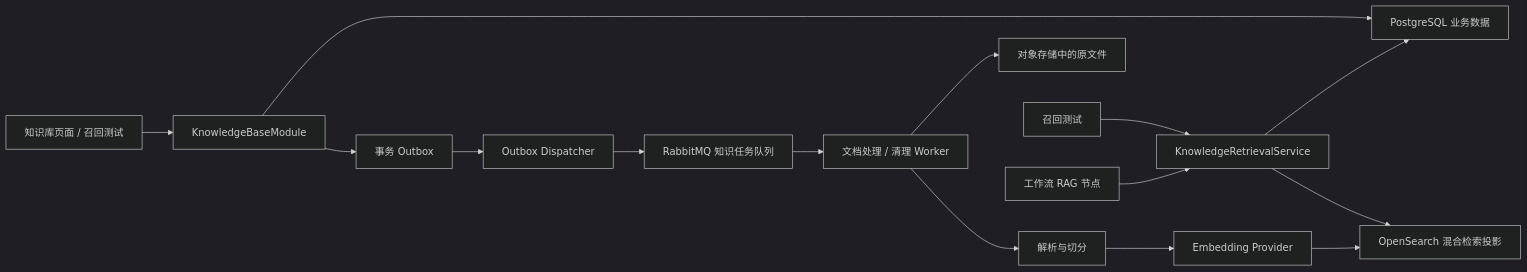
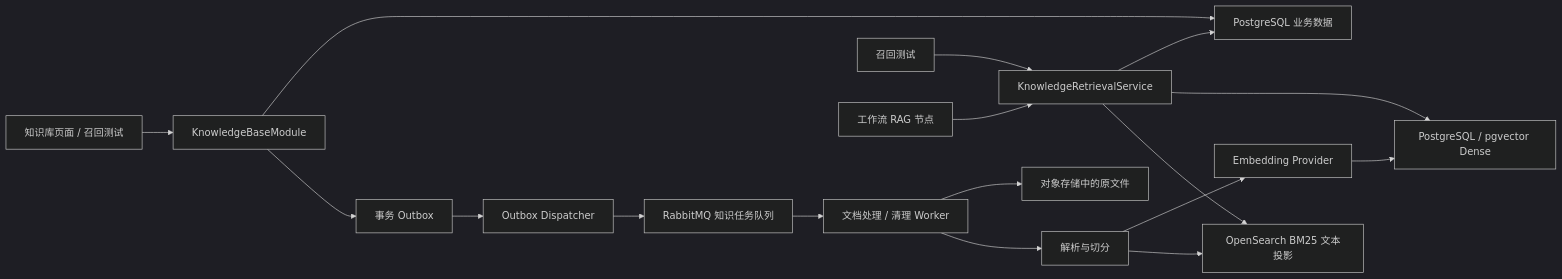
One commit to xiaotianna/ai-workflow changed the first of 3 diagrams in docs/knowledge-base-design.md. Above: the diagram before and after it, drawn with Mermaid (dark theme). The commit also changed other lines of this file and 29 other files, not shown here.

````diff
--- a/docs/knowledge-base-design.md
+++ b/docs/knowledge-base-design.md
@@ -63,18 +63,20 @@
 ```mermaid
 flowchart LR
   Web["知识库页面 / 召回测试"] --> API["KnowledgeBaseModule"]
   API --> DB["PostgreSQL 业务数据"]
   API --> Outbox["事务 Outbox"]
   Outbox --> Dispatcher["Outbox Dispatcher"]
   Dispatcher --> Queue["RabbitMQ 知识任务队列"]
   Queue --> Worker["文档处理 / 清理 Worker"]
   Worker --> Storage["对象存储中的原文件"]
   Worker --> Parser["解析与切分"]
   Parser --> Embed["Embedding Provider"]
-  Embed --> Vector["OpenSearch 混合检索投影"]
+  Embed --> Vector["PostgreSQL / pgvector Dense"]
+  Parser --> Search["OpenSearch BM25 文本投影"]
 
   Recall["召回测试"] --> Retrieval["KnowledgeRetrievalService"]
   RAG["工作流 RAG 节点"] --> Retrieval
   Retrieval --> DB
   Retrieval --> Vector
+  Retrieval --> Search
 ```
````
